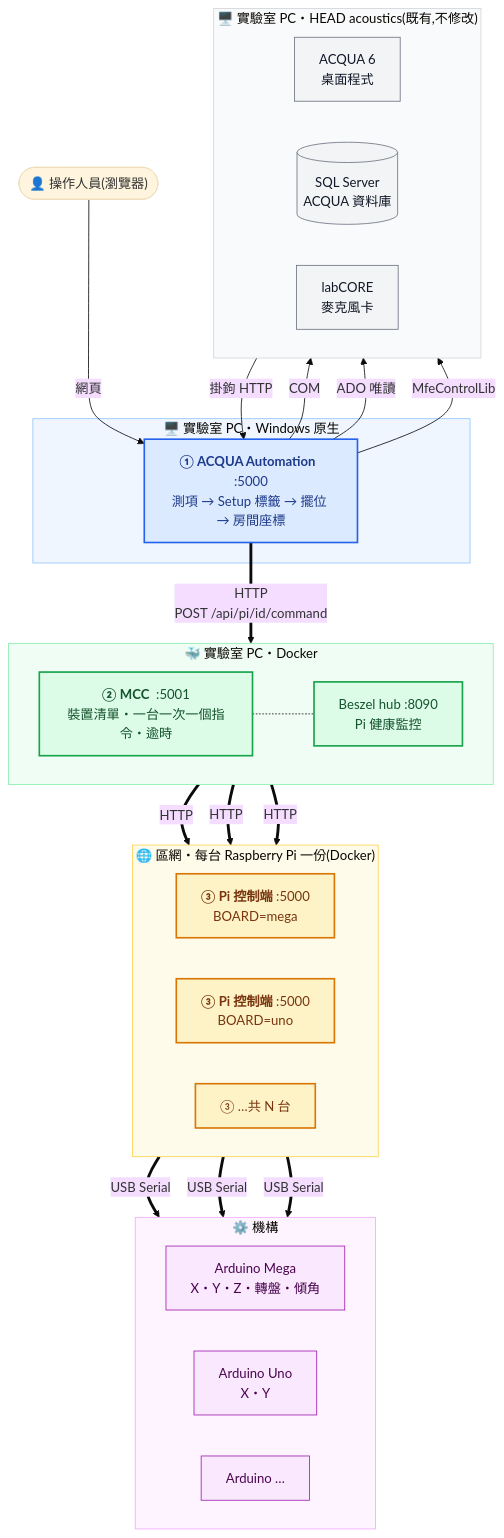
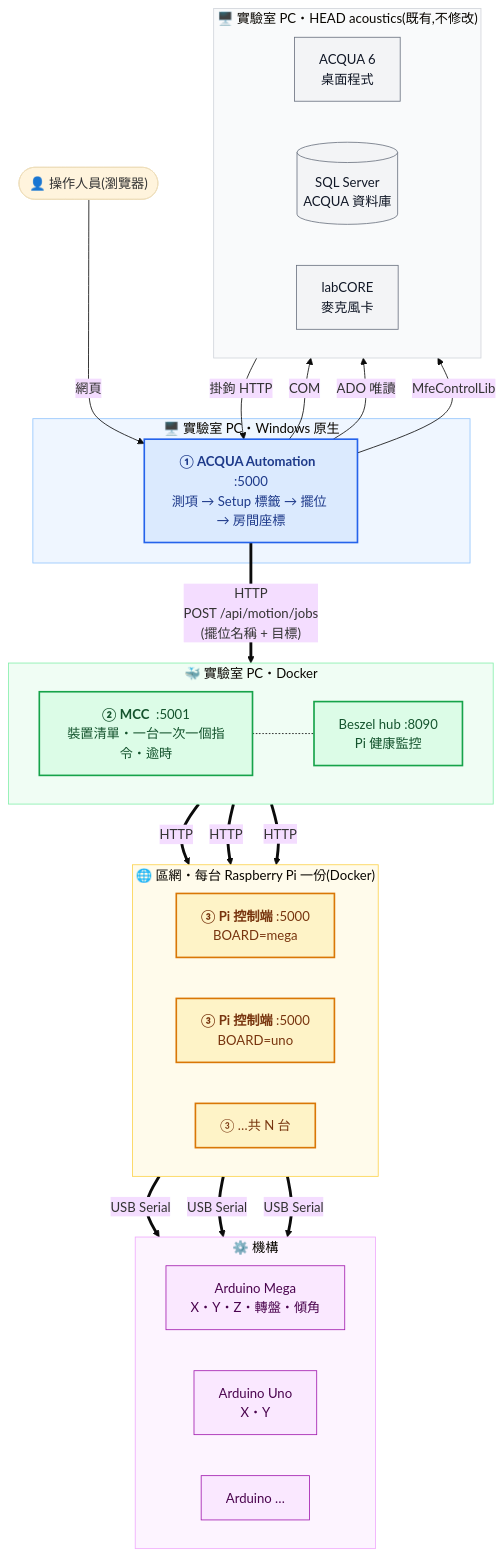
Before and after one commit to frank931023/ACQUA-Automation: the diagram in docs/diagrams/01_context.mmd, drawn with Mermaid (base theme). The commit also changed 56 other files, not shown here.

First line of the commit message:
feat: Implement MCC Motion API and add fake MCC for testing

```diff
--- a/docs/diagrams/01_context.mmd
+++ b/docs/diagrams/01_context.mmd
@@ -1,65 +1,65 @@
 %% 全景圖:由上而下 = 由「決定要什麼」到「真的動起來」
 %% 次要連線(人直接操作 MCC、Pi 的健康資料送 Beszel)沒畫,見 SYSTEM_OVERVIEW.md
 flowchart TB
     user(["👤 操作人員(瀏覽器)"])
 
     subgraph T1["🖥️ 實驗室 PC・HEAD acoustics(既有,不修改)"]
         direction LR
         acqua["ACQUA 6<br/>桌面程式"]
         sql[("SQL Server<br/>ACQUA 資料庫")]
         labcore["labCORE<br/>麥克風卡"]
     end
 
     subgraph T2["🖥️ 實驗室 PC・Windows 原生"]
         auto["<b>① ACQUA Automation</b>  :5000<br/>測項 → Setup 標籤 → 擺位 → 房間座標"]
     end
 
     subgraph T3["🐳 實驗室 PC・Docker"]
         direction LR
         mcc["<b>② MCC</b>  :5001<br/>裝置清單・一台一次一個指令・逾時"]
         beszel["Beszel hub :8090<br/>Pi 健康監控"]
     end
 
     subgraph T4["🌐 區網・每台 Raspberry Pi 一份(Docker)"]
         direction LR
         pi1["<b>③ Pi 控制端</b>  :5000<br/>BOARD=mega"]
         pi2["<b>③ Pi 控制端</b>  :5000<br/>BOARD=uno"]
         piN["③ …共 N 台"]
     end
 
     subgraph T5["⚙️ 機構"]
         direction LR
         a1["Arduino Mega<br/>X・Y・Z・轉盤・傾角"]
         a2["Arduino Uno<br/>X・Y"]
         aN["Arduino …"]
     end
 
     user -- "網頁" --> auto
     auto -- "COM" --> acqua
     acqua -- "掛鉤 HTTP" --> auto
     auto -- "ADO 唯讀" --> sql
     auto -- "MfeControlLib" --> labcore
-    auto == "HTTP<br/>POST /api/pi/id/command" ==> mcc
+    auto == "HTTP<br/>POST /api/motion/jobs<br/>(擺位名稱 + 目標)" ==> mcc
     mcc -.- beszel
     mcc == "HTTP" ==> pi1
     mcc == "HTTP" ==> pi2
     mcc == "HTTP" ==> piN
     pi1 == "USB Serial" ==> a1
     pi2 == "USB Serial" ==> a2
     piN == "USB Serial" ==> aN
 
     classDef ours fill:#dbeafe,stroke:#2563eb,stroke-width:2px,color:#1e3a8a
     classDef mccc fill:#dcfce7,stroke:#16a34a,stroke-width:2px,color:#14532d
     classDef pic fill:#fef3c7,stroke:#d97706,stroke-width:2px,color:#78350f
     classDef ext fill:#f3f4f6,stroke:#6b7280,color:#111827
     classDef hw fill:#fae8ff,stroke:#a21caf,color:#4a044e
     class auto ours
     class mcc,beszel mccc
     class pi1,pi2,piN pic
     class acqua,sql,labcore ext
     class a1,a2,aN hw
     style T1 fill:#f9fafb,stroke:#d1d5db
     style T2 fill:#eff6ff,stroke:#93c5fd
     style T3 fill:#f0fdf4,stroke:#86efac
     style T4 fill:#fffbeb,stroke:#fcd34d
     style T5 fill:#fdf4ff,stroke:#f0abfc
```
